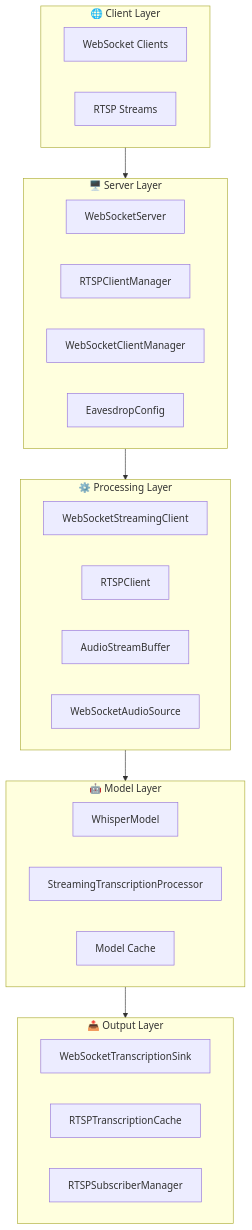
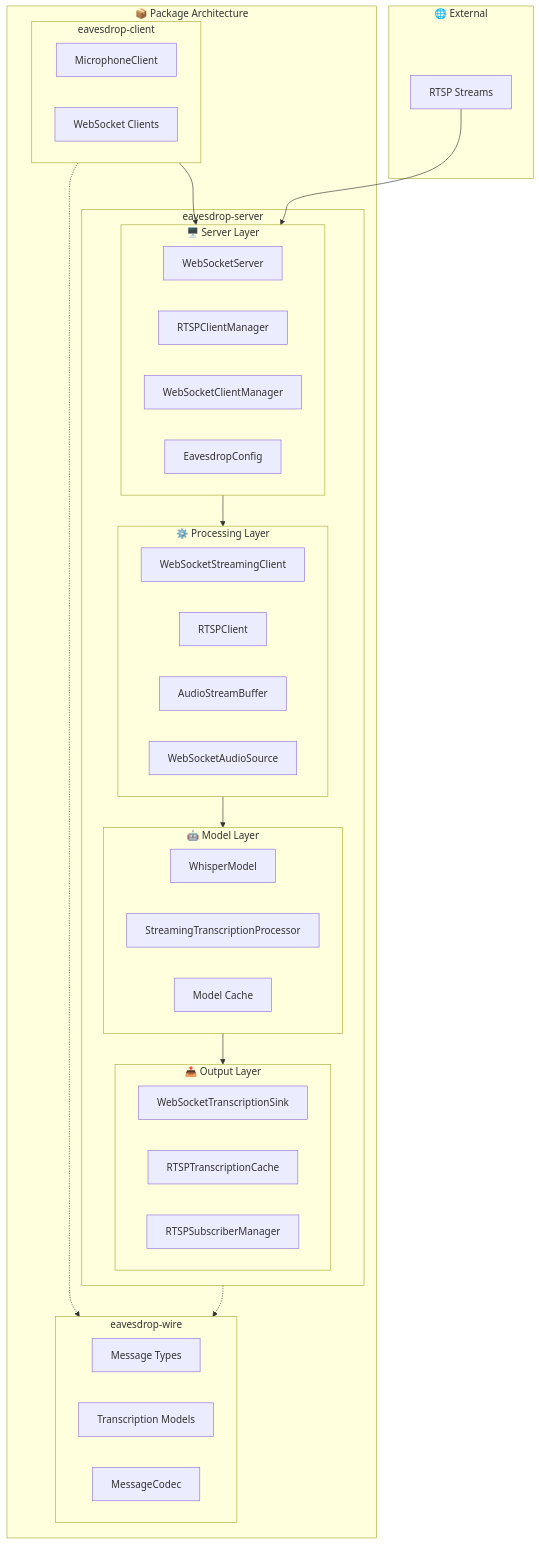
The first of 7 diagrams in ARCHITECTURE.md (shyndman/lmnop-eavesdrop), drawn with Mermaid before and after one commit. The commit also changed other lines of this file, not shown here.

Commit message:
Update to reflect package split

````diff
--- a/ARCHITECTURE.md
+++ b/ARCHITECTURE.md
@@ -11,39 +16,60 @@
 ```mermaid
 graph TD
-    subgraph CLIENT ["🌐 Client Layer"]
-        WS_CLIENT[WebSocket Clients]
+    subgraph PACKAGES ["📦 Package Architecture"]
+        subgraph CLIENT_PKG ["eavesdrop-client"]
+            MIC_CLIENT[MicrophoneClient]
+            WS_CLIENT[WebSocket Clients]
+        end
+        
+        subgraph WIRE_PKG ["eavesdrop-wire"]
+            MESSAGES[Message Types]
+            TRANSCRIPTION[Transcription Models]
+            CODEC[MessageCodec]
+        end
+        
+        subgraph SERVER_PKG ["eavesdrop-server"]
+            subgraph SERVER ["🖥️ Server Layer"]
+                WS_SERVER[WebSocketServer]
+                RTSP_MANAGER[RTSPClientManager]
+                CLIENT_MGR[WebSocketClientManager]
+                CONFIG_MGR[EavesdropConfig]
+            end
+            
+            subgraph PROCESSING ["⚙️ Processing Layer"]
+                WS_STREAMING_CLIENT[WebSocketStreamingClient]
+                RTSP_CLIENT[RTSPClient]
+                AUDIO_BUFFER[AudioStreamBuffer]
+                AUDIO_SOURCE[WebSocketAudioSource]
+            end
+            
+            subgraph MODEL ["🤖 Model Layer"]
+                WHISPER_MODEL[WhisperModel]
+                SHARED_PROCESSOR[StreamingTranscriptionProcessor]
+                MODEL_CACHE[Model Cache]
+            end
+            
+            subgraph OUTPUT ["📤 Output Layer"]
+                WS_SINK[WebSocketTranscriptionSink]
+                RTSP_CACHE[RTSPTranscriptionCache]
+                SUBSCRIBER_MGR[RTSPSubscriberManager]
+            end
+        end
+    end
+    
+    subgraph EXTERNAL ["🌐 External"]
         RTSP_STREAM[RTSP Streams]
     end
 
-    subgraph SERVER ["🖥️ Server Layer"]
-        WS_SERVER[WebSocketServer]
-        RTSP_MANAGER[RTSPClientManager]
-        CLIENT_MGR[WebSocketClientManager]
-        CONFIG_MGR[EavesdropConfig]
-    end
-
-    subgraph PROCESSING ["⚙️ Processing Layer"]
-        WS_STREAMING_CLIENT[WebSocketStreamingClient]
-        RTSP_CLIENT[RTSPClient]
-        AUDIO_BUFFER[AudioStreamBuffer]
-        AUDIO_SOURCE[WebSocketAudioSource]
-    end
-
-    subgraph MODEL ["🤖 Model Layer"]
-        WHISPER_MODEL[WhisperModel]
-        SHARED_PROCESSOR[StreamingTranscriptionProcessor]
-        MODEL_CACHE[Model Cache]
-    end
-
-    subgraph OUTPUT ["📤 Output Layer"]
-        WS_SINK[WebSocketTranscriptionSink]
-        RTSP_CACHE[RTSPTranscriptionCache]
-        SUBSCRIBER_MGR[RTSPSubscriberManager]
-    end
-
-    %% %% Layer-to-layer connections (vertical flow)
-    CLIENT --> SERVER
+    %% Package interactions
+    CLIENT_PKG -.-> WIRE_PKG
+    SERVER_PKG -.-> WIRE_PKG
+    
+    %% Client connections
+    CLIENT_PKG --> SERVER
+    RTSP_STREAM --> SERVER
+    
+    %% Layer-to-layer connections (vertical flow)
     SERVER --> PROCESSING
     PROCESSING --> MODEL
     MODEL --> OUTPUT
 ```
````
